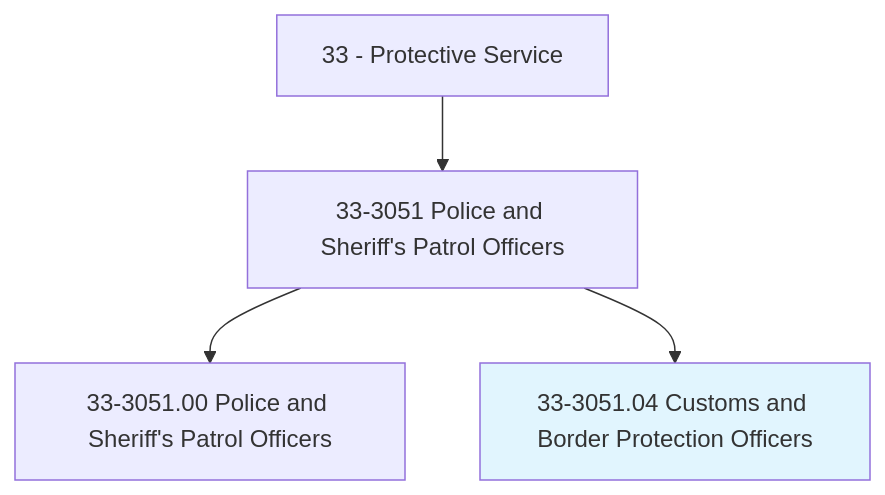
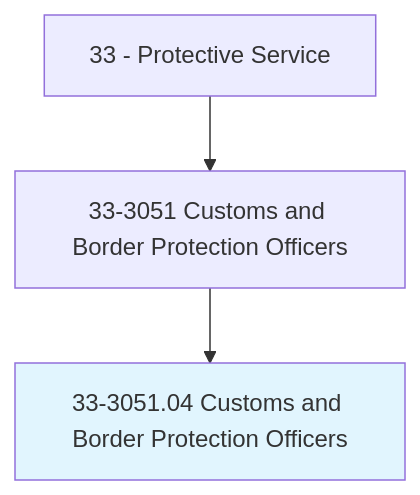
The first of 4 diagrams in occupations/PublicSafety/CustomsAndBorderProtectionOfficers.mdx (kziemski/business.org.ai), drawn with Mermaid before and after one commit. The commit also changed other lines of this file and 938 other files, not shown here.

````diff
--- a/occupations/PublicSafety/CustomsAndBorderProtectionOfficers.mdx
+++ b/occupations/PublicSafety/CustomsAndBorderProtectionOfficers.mdx
@@ -19,7 +23,6 @@
 ```mermaid
 graph TD
-    Cat33["33 - Protective Service"] --> Group333051["33-3051 Police and Sheriff's Patrol Officers"]
-    Group333051 --> Base["33-3051.00 Police and Sheriff's Patrol Officers"]
+    Cat33["33 - Protective Service"] --> Group333051["33-3051 Customs and Border Protection Officers"]
     Group333051 --> Current["33-3051.04 Customs and Border Protection Officers"]
     style Current fill:#e1f5fe
 ```
````
